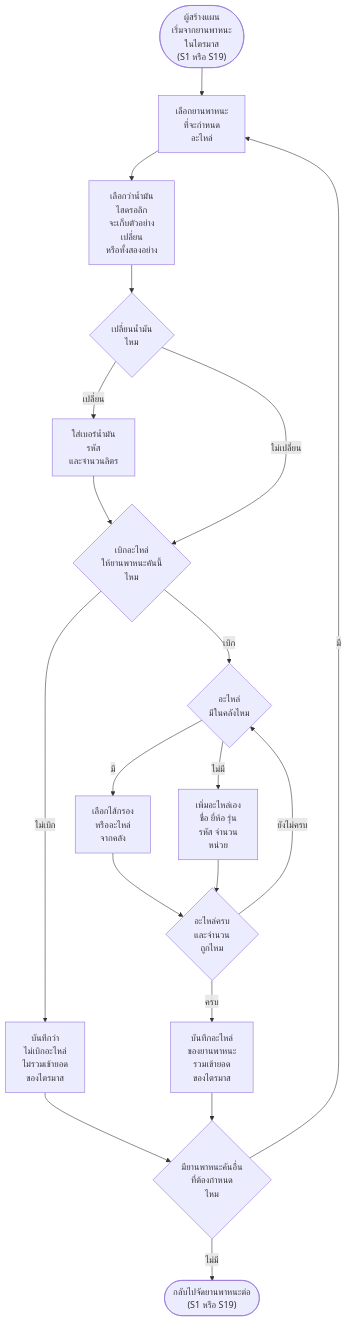
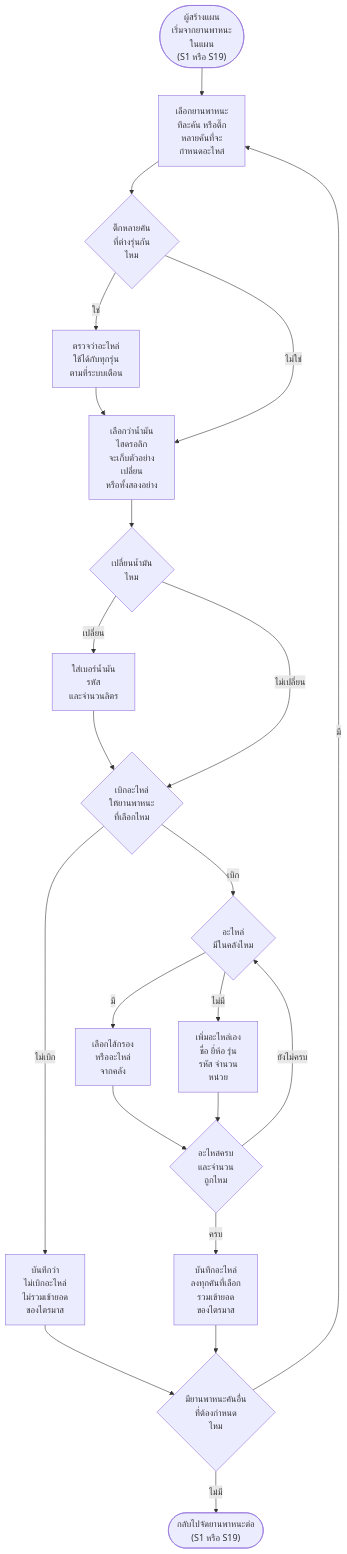
Before and after one commit to anugmail/Maintenance-Request-Form: the fifth of 17 diagrams in Diagram/01-บำรุงรักษาตามวาระ/27-บำรุงรักษา-flowchart-กิจกรรม.md, drawn with Mermaid. The commit also changed other lines of this file and 9 other files, not shown here.

First line of the commit message:
บำรุงรักษา: แผน 2 ขั้น (เพิ่มเข้าแผนก่อน แล้วจัดเข้าไตรมาส) + กำหนดอะไหล่หลายคัน (R111 R112) · ตารางเหตุการณ์แบบ lean สำหรับ CF (ไฟล์ 33)

````diff
--- a/Diagram/01-บำรุงรักษาตามวาระ/27-บำรุงรักษา-flowchart-กิจกรรม.md
+++ b/Diagram/01-บำรุงรักษาตามวาระ/27-บำรุงรักษา-flowchart-กิจกรรม.md
@@ -98,21 +101,24 @@
 ```mermaid
 flowchart TD
-    S(["ผู้สร้างแผน<br/>เริ่มจากยานพาหนะ<br/>ในไตรมาส<br/>(S1 หรือ S19)"]) --> A1["เลือกยานพาหนะ<br/>ที่จะกำหนด<br/>อะไหล่"]
-    A1 --> A2["เลือกว่าน้ำมัน<br/>ไฮดรอลิก<br/>จะเก็บตัวอย่าง<br/>เปลี่ยน<br/>หรือทั้งสองอย่าง"]
+    S(["ผู้สร้างแผน<br/>เริ่มจากยานพาหนะ<br/>ในแผน<br/>(S1 หรือ S19)"]) --> A1["เลือกยานพาหนะ<br/>ทีละคัน หรือติ๊ก<br/>หลายคันที่จะ<br/>กำหนดอะไหล่"]
+    A1 --> Q0{"ติ๊กหลายคัน<br/>ที่ต่างรุ่นกัน<br/>ไหม"}
+    Q0 -->|ใช่| A0["ตรวจว่าอะไหล่<br/>ใช้ได้กับทุกรุ่น<br/>ตามที่ระบบเตือน"]
+    A0 --> A2
+    Q0 -->|ไม่ใช่| A2["เลือกว่าน้ำมัน<br/>ไฮดรอลิก<br/>จะเก็บตัวอย่าง<br/>เปลี่ยน<br/>หรือทั้งสองอย่าง"]
     A2 --> Q1{"เปลี่ยนน้ำมัน<br/>ไหม"}
     Q1 -->|เปลี่ยน| A3["ใส่เบอร์น้ำมัน<br/>รหัส<br/>และจำนวนลิตร"]
     A3 --> QD
-    Q1 -->|ไม่เปลี่ยน| QD{"เบิกอะไหล่<br/>ให้ยานพาหนะคันนี้<br/>ไหม"}
+    Q1 -->|ไม่เปลี่ยน| QD{"เบิกอะไหล่<br/>ให้ยานพาหนะ<br/>ที่เลือกไหม"}
     QD -->|ไม่เบิก| A7["บันทึกว่า<br/>ไม่เบิกอะไหล่<br/>ไม่รวมเข้ายอด<br/>ของไตรมาส"]
     A7 --> Q4
     QD -->|เบิก| Q2{"อะไหล่<br/>มีในคลังไหม"}
     Q2 -->|มี| A4["เลือกไส้กรอง<br/>หรืออะไหล่<br/>จากคลัง"]
     Q2 -->|ไม่มี| A5["เพิ่มอะไหล่เอง<br/>ชื่อ ยี่ห้อ รุ่น<br/>รหัส จำนวน<br/>หน่วย"]
     A4 --> Q3
     A5 --> Q3{"อะไหล่ครบ<br/>และจำนวน<br/>ถูกไหม"}
     Q3 -->|ยังไม่ครบ| Q2
-    Q3 -->|ครบ| A6["บันทึกอะไหล่<br/>ของยานพาหนะ<br/>รวมเข้ายอด<br/>ของไตรมาส"]
+    Q3 -->|ครบ| A6["บันทึกอะไหล่<br/>ลงทุกคันที่เลือก<br/>รวมเข้ายอด<br/>ของไตรมาส"]
     A6 --> Q4{"มียานพาหนะคันอื่น<br/>ที่ต้องกำหนด<br/>ไหม"}
     Q4 -->|มี| A1
     Q4 -->|ไม่มี| E(["กลับไปจัดยานพาหนะต่อ<br/>(S1 หรือ S19)"])
 ```
````
